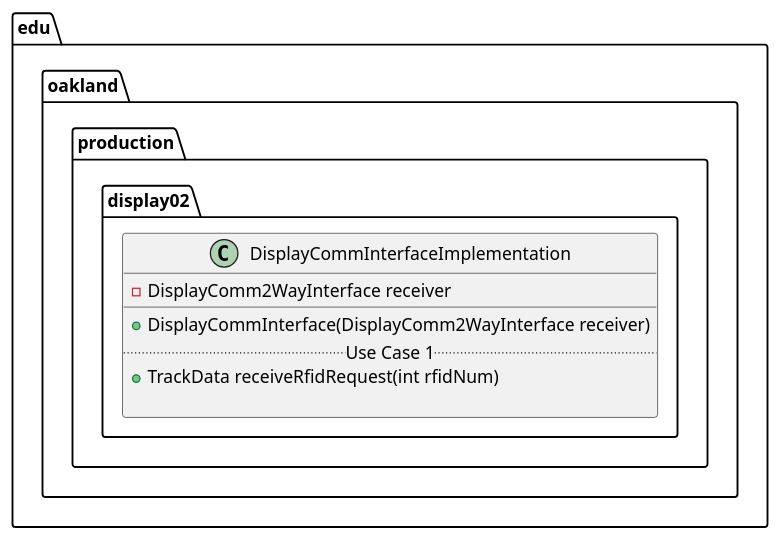
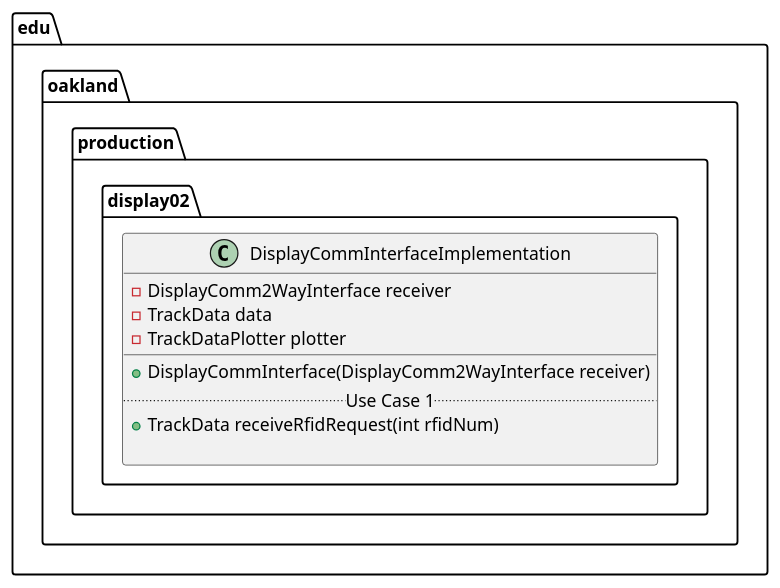
The diagram in docs/uml-class-diagrams/display02/production/DisplayCommInterfaceImplementation/DisplayCommInterfaceImplementation.puml (andrewdimmer/csi-3370-software-project), drawn with PlantUML before and after one commit.

```diff
--- a/docs/uml-class-diagrams/display02/production/DisplayCommInterfaceImplementation/DisplayCommInterfaceImplementation.puml
+++ b/docs/uml-class-diagrams/display02/production/DisplayCommInterfaceImplementation/DisplayCommInterfaceImplementation.puml
@@ -1,14 +1,16 @@
 @startuml DisplayCommInterfaceImplementation
 
 package edu.oakland.production.display02 {
     class DisplayCommInterfaceImplementation {
         - DisplayComm2WayInterface receiver
+        - TrackData data
+        - TrackDataPlotter plotter
         __
         + DisplayCommInterface(DisplayComm2WayInterface receiver)
         .. Use Case 1 ..
         + TrackData receiveRfidRequest(int rfidNum)
         
     }
 }
 
 @enduml
```
